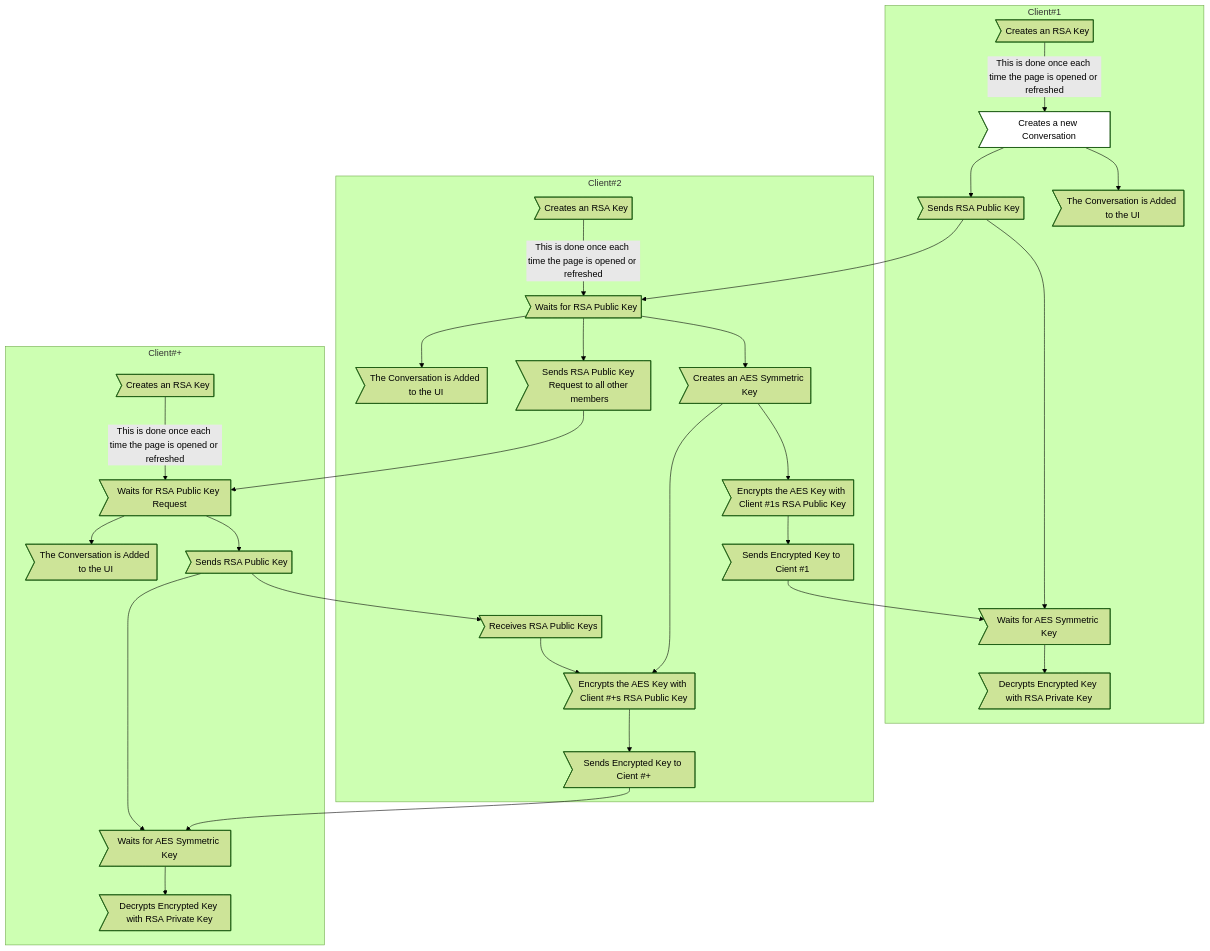
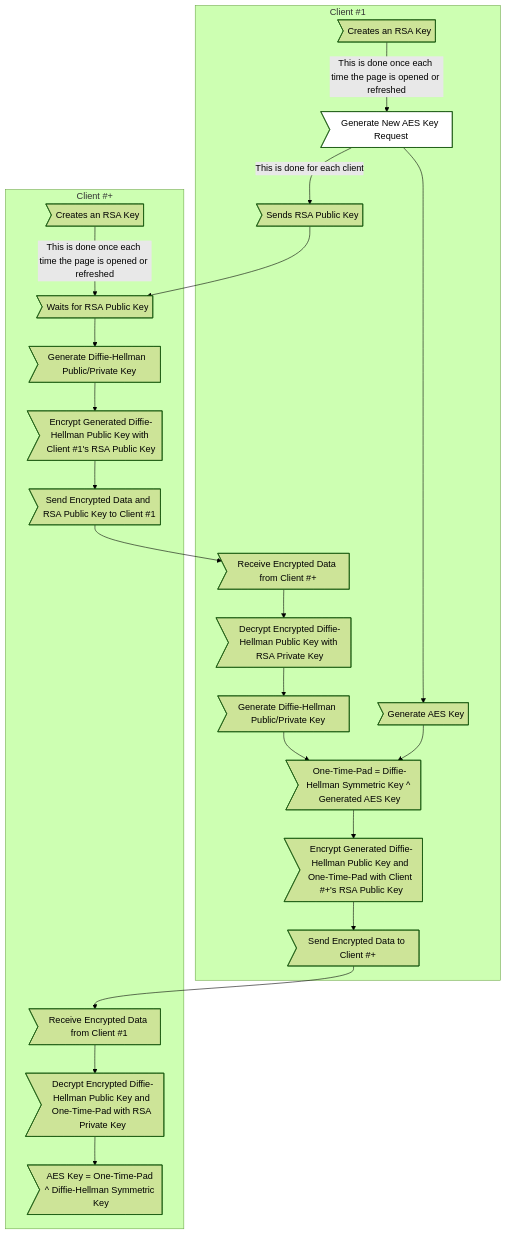
Before and after one commit to xXCrash2BomberXx/TinyChat: the third of 4 diagrams in README.md, drawn with Mermaid (forest theme). The commit also changed other lines of this file and 8 other files, not shown here.

````diff
--- a/README.md
+++ b/README.md
@@ -140,43 +240,28 @@
 ```mermaid
 graph TB;
-    subgraph "Client#2"
-    I;
-    end
-    subgraph "Client#+"
-    M;
-    N;
-    end
-  subgraph "Client#1"
-  A>Creates an RSA Key] --> |This is done once each time the page is opened or refreshed| B>Creates a new Conversation];
-  B --> C>The Conversation is Added to the UI];
-  B --> D>Sends RSA Public Key];
-  D --> J>Waits for AES Symmetric Key];
-  I --> J;
-  J --> K>Decrypts Encrypted Key with RSA Private Key];
+  subgraph "Client #1"
+  A>Creates an RSA Key] --> |This is done once each time the page is opened or refreshed| B>Generate New AES Key Request];
+  B --> |This is done for each client| D>Sends RSA Public Key];
+  J --> K>Decrypt Encrypted Diffie-Hellman Public Key with RSA Private Key];
+  K --> L>"Generate Diffie-Hellman Public/Private Key"];
+  B --> F>Generate AES Key];
+  F --> M;
+  L --> M>One-Time-Pad = Diffie-Hellman Symmetric Key ^ Generated AES Key];
+  M --> N>Encrypt Generated Diffie-Hellman Public Key and One-Time-Pad with Client #+'s RSA Public Key];
+  N --> O>Send Encrypted Data to Client #+];
   end
-  subgraph "Client#2"
-  E>Creates an RSA Key] --> |This is done once each time the page is opened or refreshed| F>Waits for RSA Public Key];
-  D --> F;
-  F --> G>Creates an AES Symmetric Key];
-  G -->H>Encrypts the AES Key with Client #1s RSA Public Key];
-  H -->I>Sends Encrypted Key to Cient #1];
-  F --> O>Sends RSA Public Key Request to all other members];
-  O --> M;
-  N --> P>Receives RSA Public Keys];
-  G --> Q;
-  P --> Q>Encrypts the AES Key with Client #+s RSA Public Key];
-  Q --> R>Sends Encrypted Key to Cient #+];
-  F --> U>The Conversation is Added to the UI];
-  end
-  subgraph "Client#+"
-  L>Creates an RSA Key] --> |This is done once each time the page is opened or refreshed| M>Waits for RSA Public Key Request];
-  M --> N>Sends RSA Public Key];
-  N --> S> Waits for AES Symmetric Key];
-  R --> S;
-  S --> T>Decrypts Encrypted Key with RSA Private Key];
-  M --> V>The Conversation is Added to the UI];
+  subgraph "Client #+"
+  C>Creates an RSA Key] --> |This is done once each time the page is opened or refreshed| E>Creates a new Conversation];
+  D --> E>Waits for RSA Public Key];
+  E --> G>"Generate Diffie-Hellman  Public/Private Key"];
+  G --> H>Encrypt Generated Diffie-Hellman Public Key with Client #1's RSA Public Key];
+  H --> I>Send Encrypted Data and RSA Public Key to Client #1];
+  I --> J>Receive Encrypted Data from Client #+];
+  O --> P>Receive Encrypted Data from Client #1];
+  P --> Q>Decrypt Encrypted Diffie-Hellman Public Key and One-Time-Pad with RSA Private Key];
+  Q --> R>AES Key = One-Time-Pad ^ Diffie-Hellman Symmetric Key];
   end
 
   classDef user fill:#fff,color:#000
   class B user;
 ```
````
